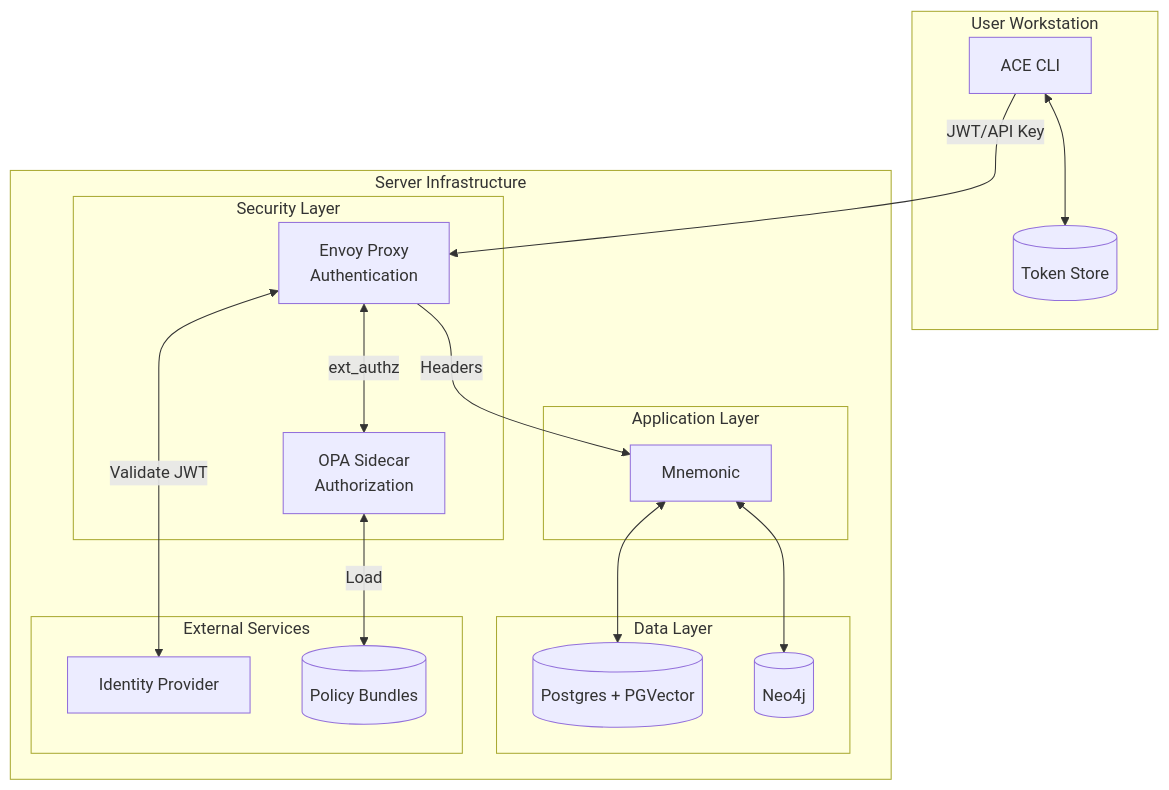
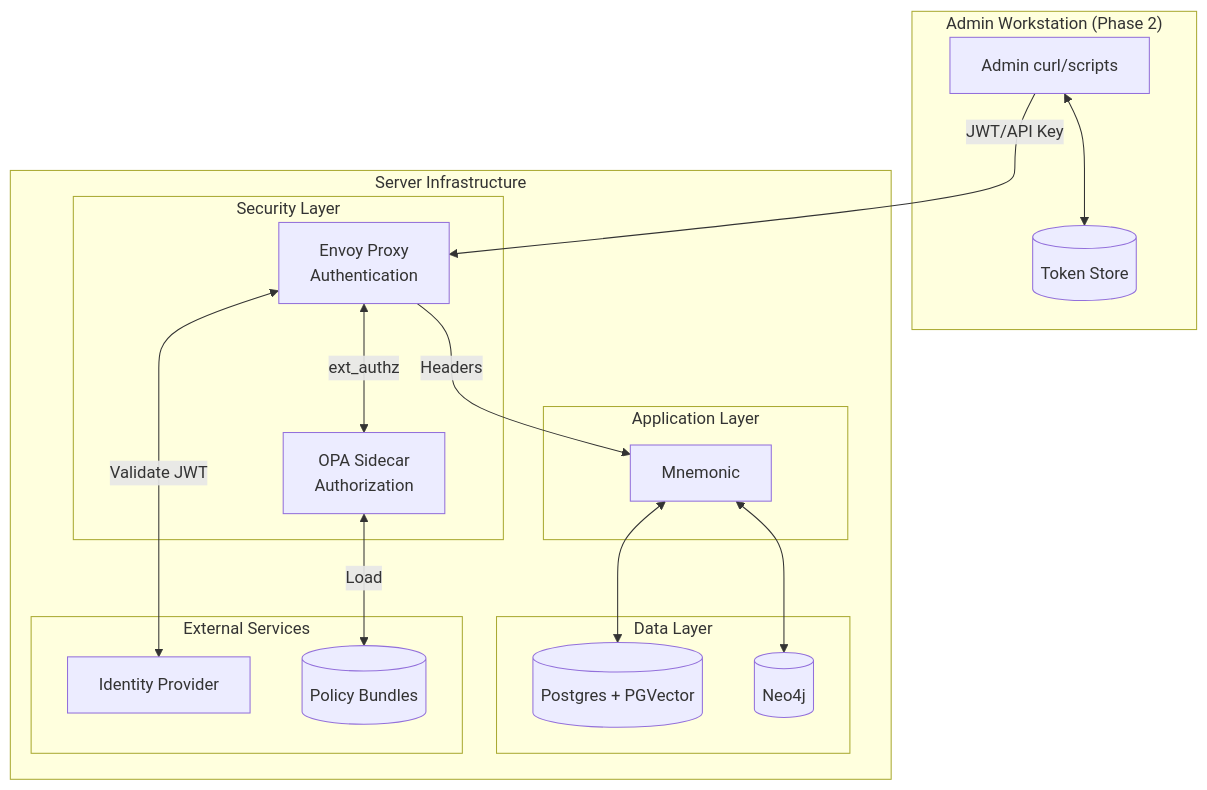
Before and after one commit to twistingmercury/mnemonic-mcp: the fourth of 10 diagrams in docs/architecture/06-security-architecture.md, drawn with Mermaid. The commit also changed other lines of this file and 63 other files, not shown here.

````diff
--- a/docs/architecture/06-security-architecture.md
+++ b/docs/architecture/06-security-architecture.md
@@ -230,37 +241,37 @@
 ```mermaid
 graph TB
-    subgraph "User Workstation"
-        CLI[ACE CLI]
+    subgraph "Admin Workstation (Phase 2)"
+        ADMIN[Admin curl/scripts]
         TS[(Token Store)]
     end
 
     subgraph "Server Infrastructure"
         subgraph "Security Layer"
             ENV[Envoy Proxy<br/>Authentication]
             OPA[OPA Sidecar<br/>Authorization]
         end
 
         subgraph "Application Layer"
             MN[Mnemonic]
         end
 
         subgraph "Data Layer"
             PG[(Postgres + PGVector)]
             NEO[(Neo4j)]
         end
 
         subgraph "External Services"
             IDP[Identity Provider]
             BUNDLES[(Policy Bundles)]
         end
     end
 
-    CLI <--> TS
-    CLI -->|"JWT/API Key"| ENV
+    ADMIN <--> TS
+    ADMIN -->|"JWT/API Key"| ENV
     ENV <-->|"ext_authz"| OPA
     OPA <-->|"Load"| BUNDLES
     ENV <-->|"Validate JWT"| IDP
     ENV -->|"Headers"| MN
     MN <--> PG
     MN <--> NEO
 ```
````
